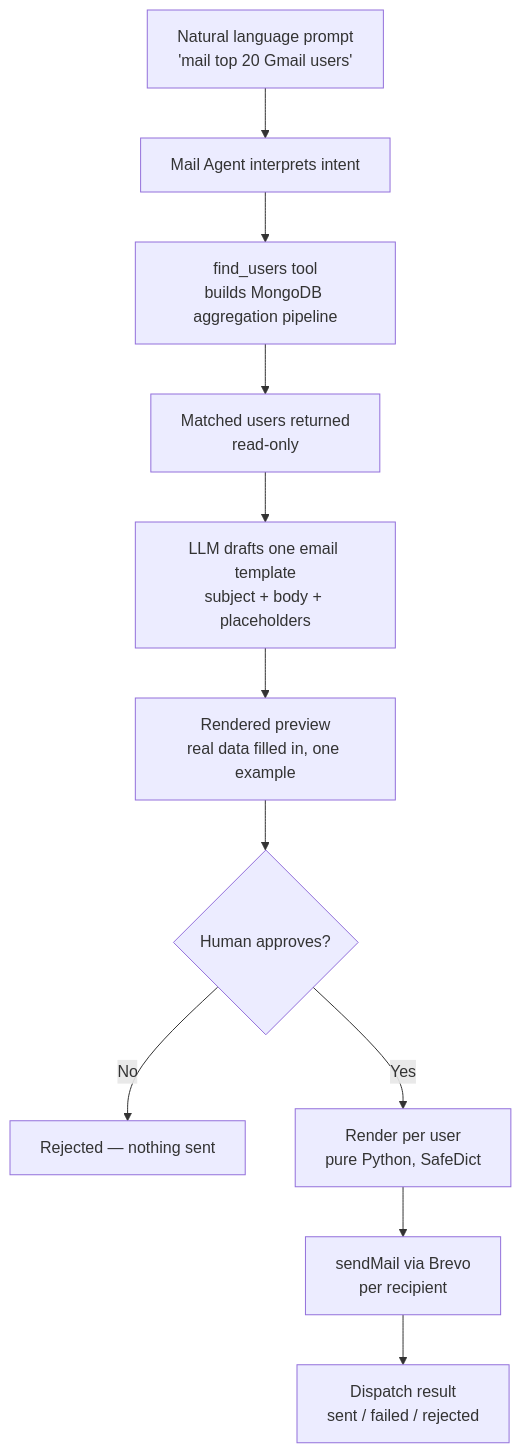
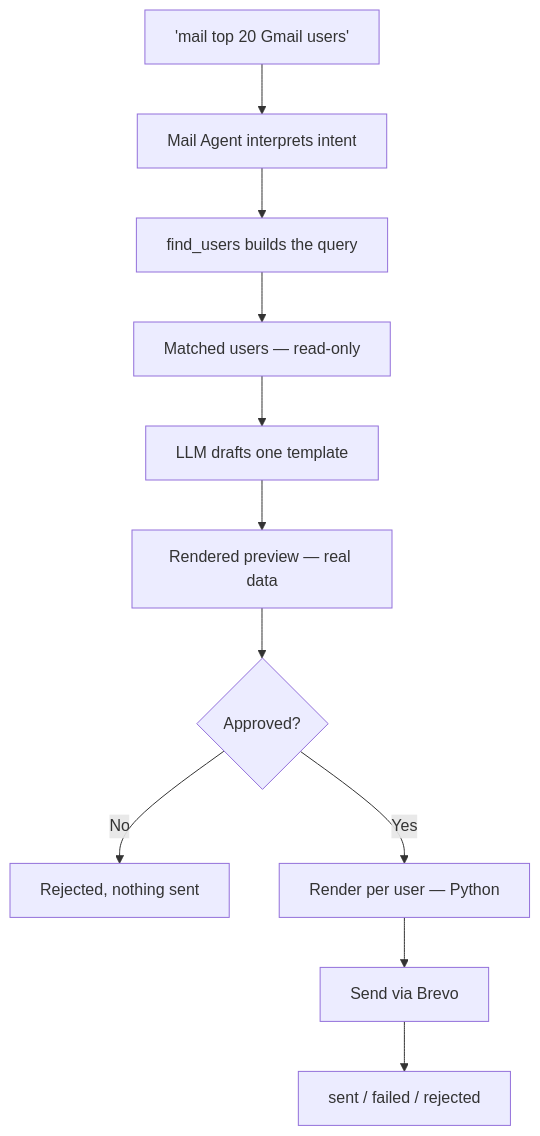
Before and after one commit to itslokeshx/Lookout: the second of 3 diagrams in README.md, drawn with Mermaid. The commit also changed other lines of this file, not shown here.

````diff
--- a/README.md
+++ b/README.md
@@ -133,13 +82,13 @@
 ```mermaid
 flowchart TD
-    A["Natural language prompt<br/>'mail top 20 Gmail users'"] --> B["Mail Agent interprets intent"]
-    B --> C["find_users tool<br/>builds MongoDB aggregation pipeline"]
-    C --> D["Matched users returned<br/>read-only"]
-    D --> E["LLM drafts one email template<br/>subject + body + placeholders"]
-    E --> F["Rendered preview<br/>real data filled in, one example"]
-    F --> G{"Human approves?"}
-    G -- No --> H["Rejected — nothing sent"]
-    G -- Yes --> I["Render per user<br/>pure Python, SafeDict"]
-    I --> J["sendMail via Brevo<br/>per recipient"]
-    J --> K["Dispatch result<br/>sent / failed / rejected"]
+    A["'mail top 20 Gmail users'"] --> B["Mail Agent interprets intent"]
+    B --> C["find_users builds the query"]
+    C --> D["Matched users — read-only"]
+    D --> E["LLM drafts one template"]
+    E --> F["Rendered preview — real data"]
+    F --> G{"Approved?"}
+    G -- No --> H["Rejected, nothing sent"]
+    G -- Yes --> I["Render per user — Python"]
+    I --> J["Send via Brevo"]
+    J --> K["sent / failed / rejected"]
 ```
````
